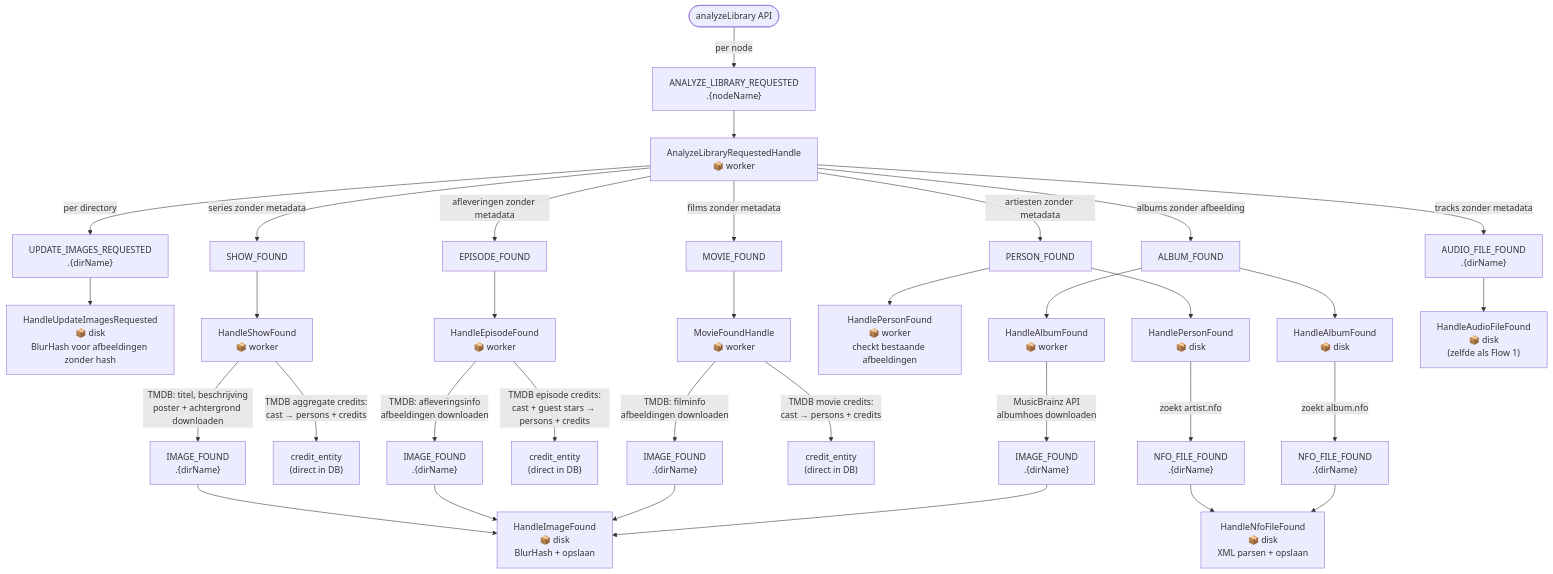
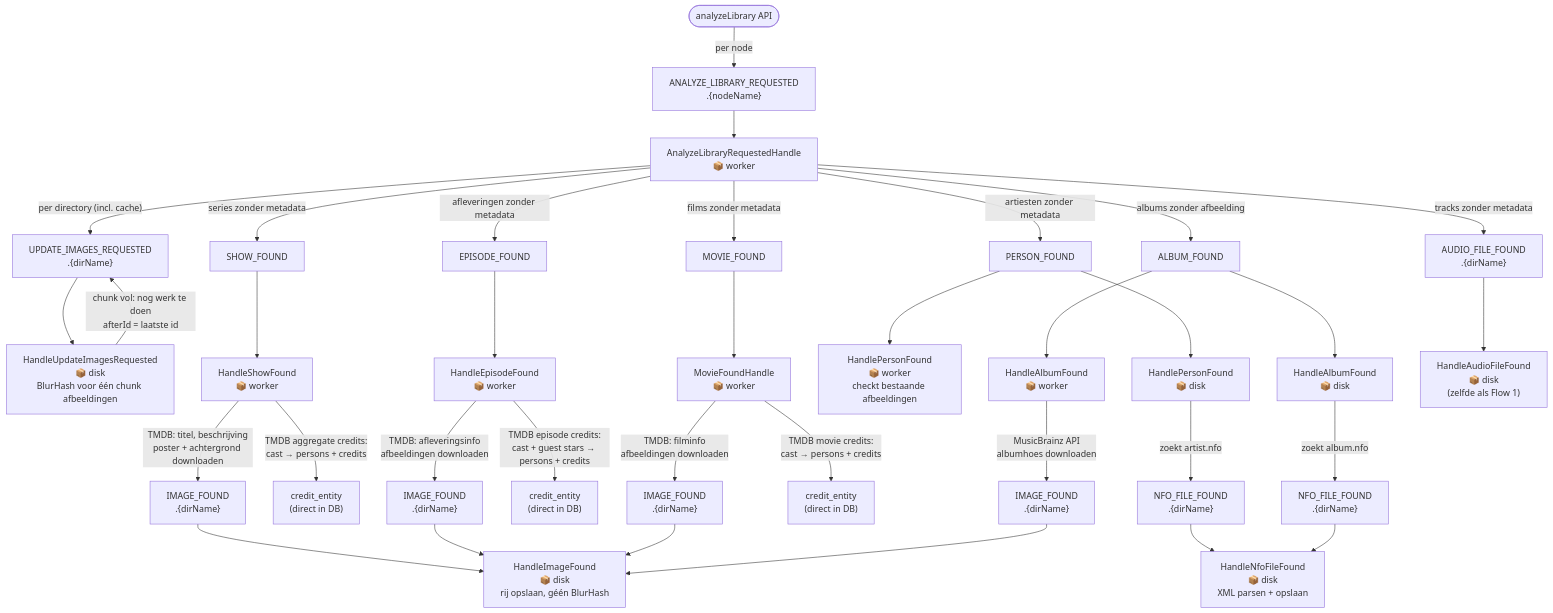
One commit to ister-app/server changed the third of 7 diagrams in EVENT_FLOWS.md. Above: the diagram before and after it, drawn with Mermaid. The commit also changed other lines of this file and 11 other files, not shown here.

First line of the commit message:
Chunk the blur-hash sweep so it cannot outlive consumer_timeout

````diff
--- a/EVENT_FLOWS.md
+++ b/EVENT_FLOWS.md
@@ -71,43 +71,44 @@
 ```mermaid
 flowchart TD
     API([analyzeLibrary API]) -->|"per node"| A
 
     A["ANALYZE_LIBRARY_REQUESTED\n.{nodeName}"]
     A --> B["AnalyzeLibraryRequestedHandle\n📦 worker"]
 
-    B -->|"per directory"| C["UPDATE_IMAGES_REQUESTED\n.{dirName}"]
+    B -->|"per directory (incl. cache)"| C["UPDATE_IMAGES_REQUESTED\n.{dirName}"]
     B -->|"series zonder metadata"| D["SHOW_FOUND"]
     B -->|"afleveringen zonder metadata"| E["EPISODE_FOUND"]
     B -->|"films zonder metadata"| F["MOVIE_FOUND"]
     B -->|"artiesten zonder metadata"| G["PERSON_FOUND"]
     B -->|"albums zonder afbeelding"| H["ALBUM_FOUND"]
     B -->|"tracks zonder metadata"| I["AUDIO_FILE_FOUND\n.{dirName}"]
 
-    C --> C1["HandleUpdateImagesRequested\n📦 disk\nBlurHash voor afbeeldingen zonder hash"]
+    C --> C1["HandleUpdateImagesRequested\n📦 disk\nBlurHash voor één chunk afbeeldingen"]
+    C1 -->|"chunk vol: nog werk te doen\nafterId = laatste id"| C
 
     D --> D1["HandleShowFound\n📦 worker"]
     D1 -->|"TMDB: titel, beschrijving\nposter + achtergrond downloaden"| IMG1["IMAGE_FOUND\n.{dirName}"]
     D1 -->|"TMDB aggregate credits:\ncast → persons + credits"| CR1["credit_entity\n(direct in DB)"]
 
     E --> E1["HandleEpisodeFound\n📦 worker"]
     E1 -->|"TMDB: afleveringsinfo\nafbeeldingen downloaden"| IMG2["IMAGE_FOUND\n.{dirName}"]
     E1 -->|"TMDB episode credits:\ncast + guest stars → persons + credits"| CR2["credit_entity\n(direct in DB)"]
 
     F --> F1["MovieFoundHandle\n📦 worker"]
     F1 -->|"TMDB: filminfo\nafbeeldingen downloaden"| IMG3["IMAGE_FOUND\n.{dirName}"]
     F1 -->|"TMDB movie credits:\ncast → persons + credits"| CR3["credit_entity\n(direct in DB)"]
 
     G --> G1["HandlePersonFound\n📦 worker\ncheckt bestaande afbeeldingen"]
     G --> G2["HandlePersonFound\n📦 disk"]
     G2 -->|"zoekt artist.nfo"| NFO1["NFO_FILE_FOUND\n.{dirName}"]
 
     H --> H1["HandleAlbumFound\n📦 worker"]
     H1 -->|"MusicBrainz API\nalbumhoes downloaden"| IMG4["IMAGE_FOUND\n.{dirName}"]
     H --> H2["HandleAlbumFound\n📦 disk"]
     H2 -->|"zoekt album.nfo"| NFO2["NFO_FILE_FOUND\n.{dirName}"]
 
     I --> I1["HandleAudioFileFound\n📦 disk\n(zelfde als Flow 1)"]
 
-    IMG1 & IMG2 & IMG3 & IMG4 --> FIN["HandleImageFound\n📦 disk\nBlurHash + opslaan"]
+    IMG1 & IMG2 & IMG3 & IMG4 --> FIN["HandleImageFound\n📦 disk\nrij opslaan, géén BlurHash"]
     NFO1 & NFO2 --> FIN2["HandleNfoFileFound\n📦 disk\nXML parsen + opslaan"]
 ```
````
